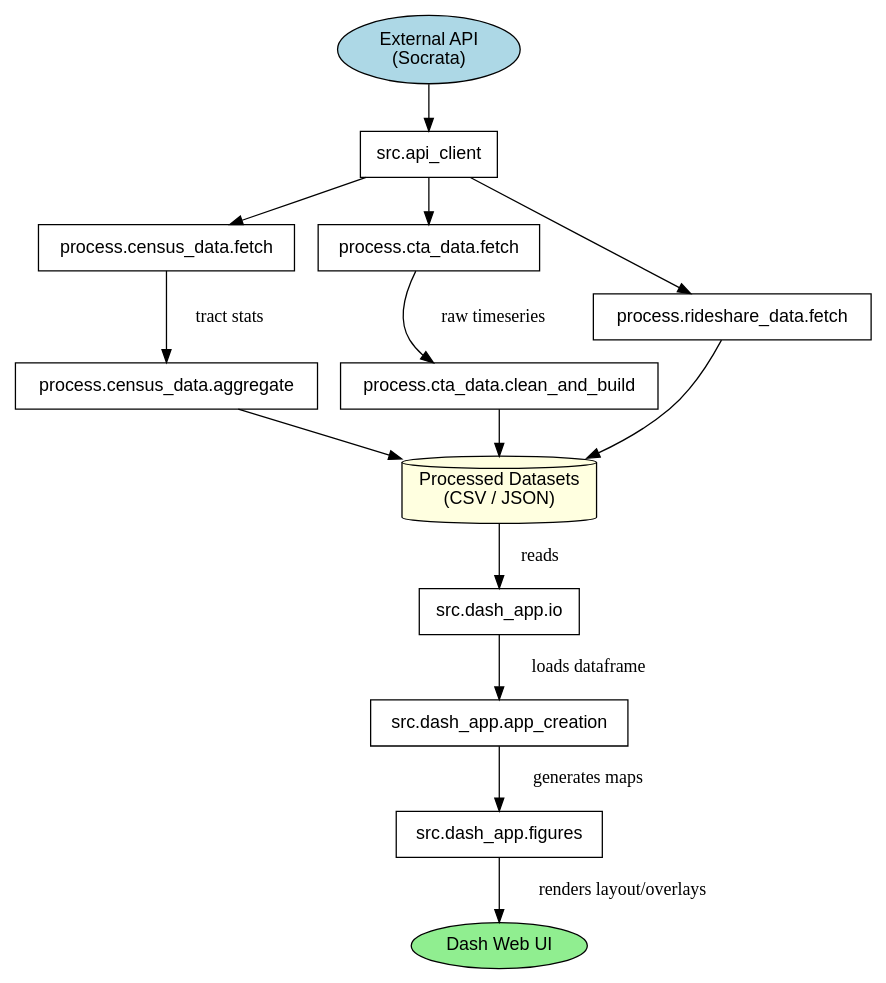
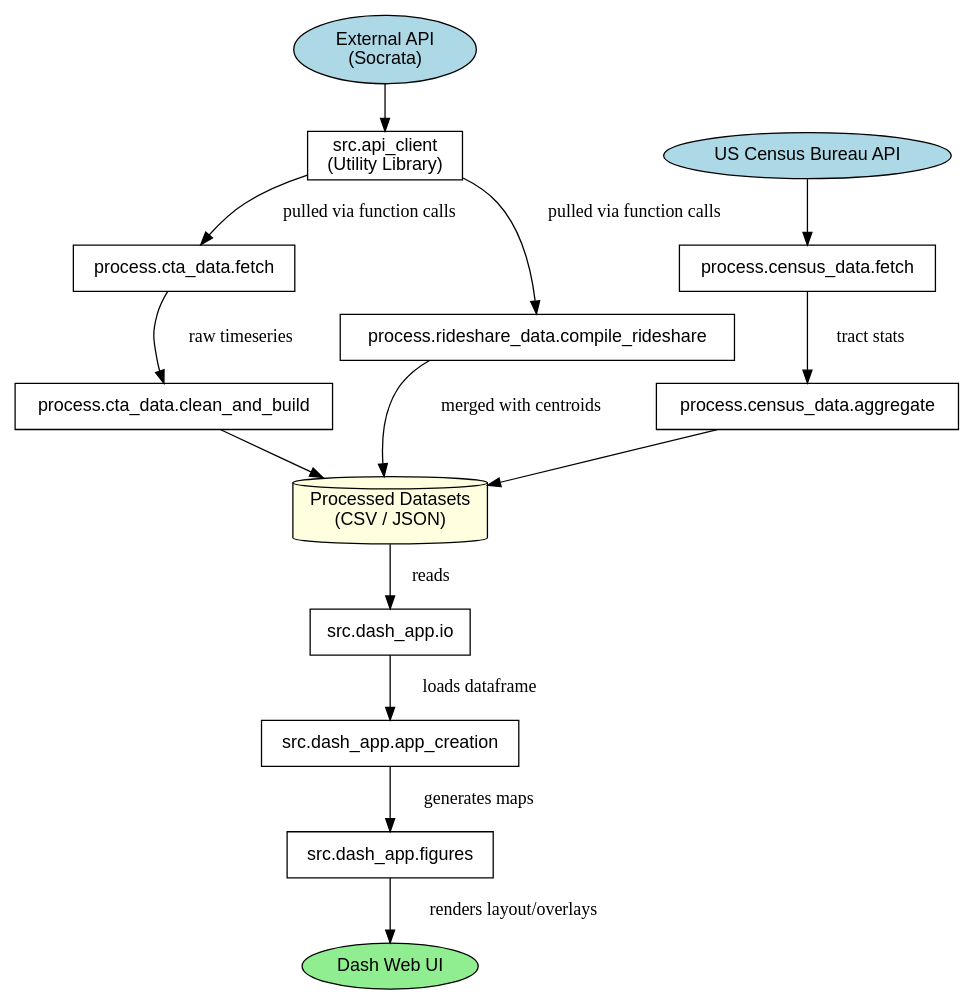
One commit to uchicago-2026-capp30122/project-cdhw changed the diagram in documents/data_flow_diagram.dot. Above: the diagram before and after it, drawn with Graphviz. The commit also changed 5 other files, not shown here.

```diff
--- a/documents/data_flow_diagram.dot
+++ b/documents/data_flow_diagram.dot
@@ -1,37 +1,39 @@
 digraph CoreDataFlow {
     rankdir = TB;
     node [shape = box; fontname = "Helvetica";];
     
     "External API\n(Socrata)" [shape = ellipse;style = filled;fillcolor = lightblue;];
+    "US Census Bureau API" [shape = ellipse;style = filled;fillcolor = lightblue;];
     "Processed Datasets\n(CSV / JSON)" [shape = cylinder;style = filled;fillcolor = lightyellow;];
     "Dash Web UI" [shape = ellipse;style = filled;fillcolor = lightgreen;];
     
-    "api_client.py" [label = "src.api_client";];
+    "api_client.py" [label = "src.api_client\n(Utility Library)";];
     "fetch_census" [label = "process.census_data.fetch";];
     "agg_census" [label = "process.census_data.aggregate";];
     "fetch_cta" [label = "process.cta_data.fetch";];
     "clean_cta" [label = "process.cta_data.clean_and_build";];
-    "fetch_rideshare" [label = "process.rideshare_data.fetch";];
+    "compile_rideshare" [label = "process.rideshare_data.compile_rideshare";];
     "dash_io" [label = "src.dash_app.io";];
     "dash_creation" [label = "src.dash_app.app_creation";];
     "dash_figures" [label = "src.dash_app.figures";];
     
     "External API\n(Socrata)" -> "api_client.py";
     
-    "api_client.py" -> "fetch_census";
-    "api_client.py" -> "fetch_cta";
-    "api_client.py" -> "fetch_rideshare";
+    "US Census Bureau API" -> "fetch_census";
+    
+    "api_client.py" -> "fetch_cta" [label = "   pulled via function calls   ";];
+    "api_client.py" -> "compile_rideshare" [label = "   pulled via function calls   ";];
     
     "fetch_census" -> "agg_census" [label = "   tract stats   ";];
     "fetch_cta" -> "clean_cta" [label = "   raw timeseries   ";];
     
     "agg_census" -> "Processed Datasets\n(CSV / JSON)";
     "clean_cta" -> "Processed Datasets\n(CSV / JSON)";
-    "fetch_rideshare" -> "Processed Datasets\n(CSV / JSON)";
+    "compile_rideshare" -> "Processed Datasets\n(CSV / JSON)" [label = "   merged with centroids   ";];
     
     "Processed Datasets\n(CSV / JSON)" -> "dash_io" [label = "   reads   ";];
     
     "dash_io" -> "dash_creation" [label = "   loads dataframe   ";];
     "dash_creation" -> "dash_figures" [label = "   generates maps   ";];
     "dash_figures" -> "Dash Web UI" [label = "   renders layout/overlays   ";];
 }
```
